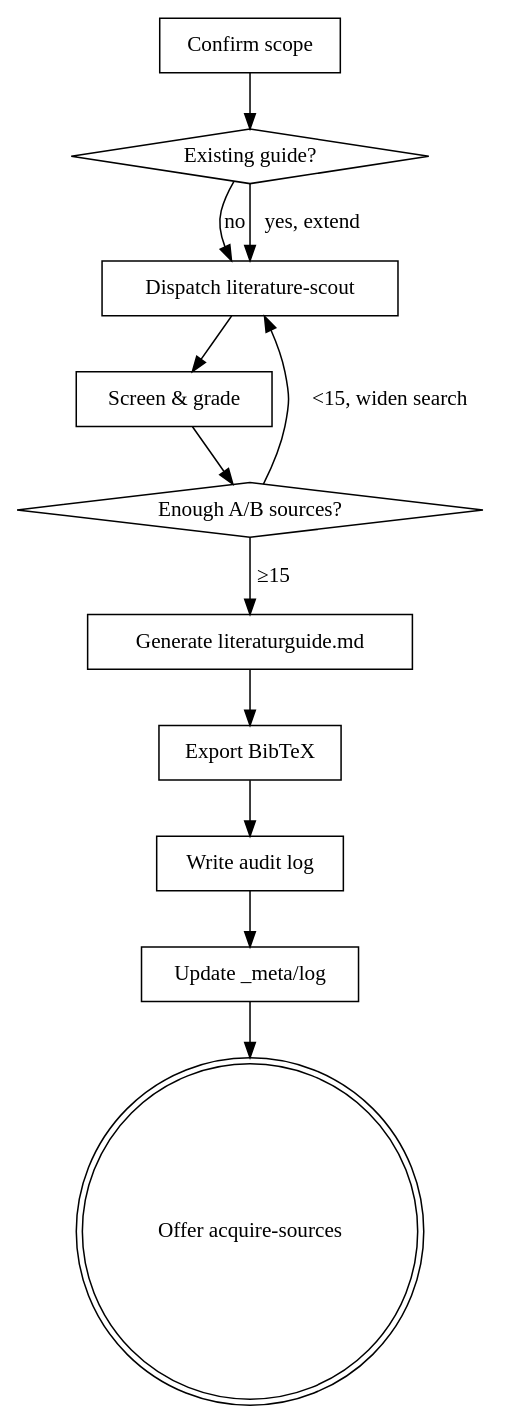
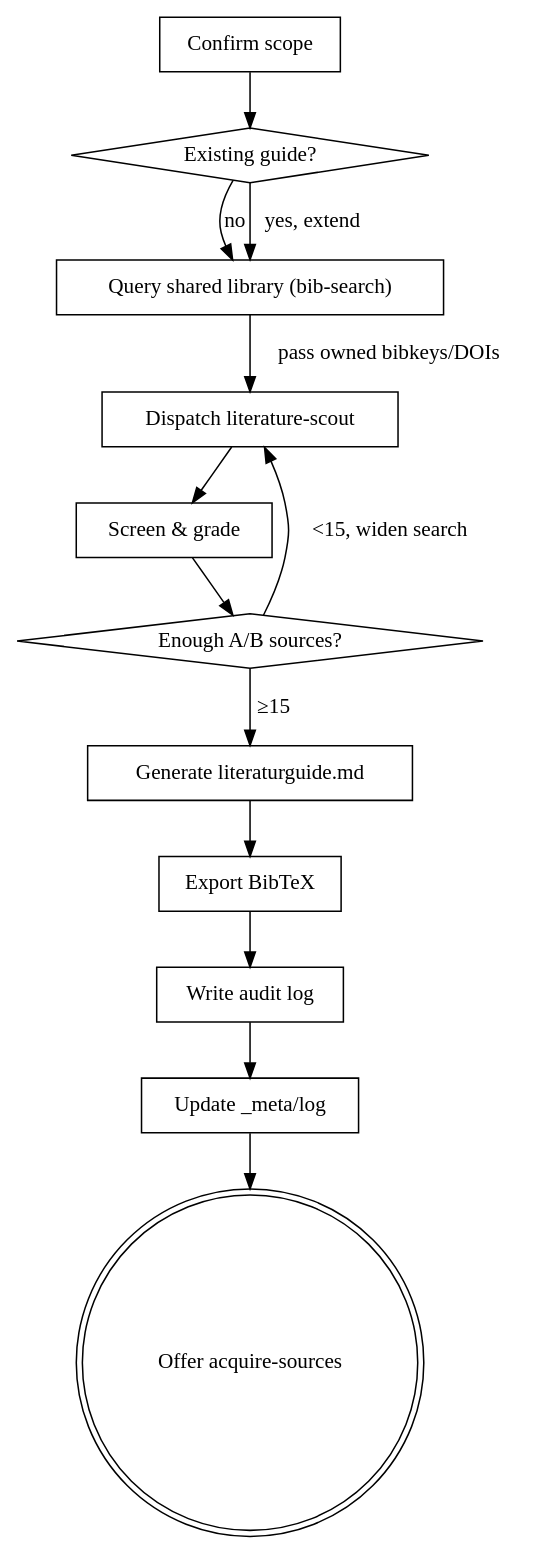
Before and after one commit to leiverkus/research-superpowers: the diagram in skills/literature-review/SKILL.md, drawn with Graphviz. The commit also changed other lines of this file and 2 other files, not shown here.

First line of the commit message:
feat: literature-review searches the shared library first (#65)

````diff
--- a/skills/literature-review/SKILL.md
+++ b/skills/literature-review/SKILL.md
@@ -82,26 +85,28 @@
 ```dot
 digraph literature_review {
     "Confirm scope" [shape=box];
     "Existing guide?" [shape=diamond];
+    "Query shared library (bib-search)" [shape=box];
     "Dispatch literature-scout" [shape=box];
     "Screen & grade" [shape=box];
     "Enough A/B sources?" [shape=diamond];
     "Generate literaturguide.md" [shape=box];
     "Export BibTeX" [shape=box];
     "Write audit log" [shape=box];
     "Update _meta/log" [shape=box];
     "Offer acquire-sources" [shape=doublecircle];
 
     "Confirm scope" -> "Existing guide?";
-    "Existing guide?" -> "Dispatch literature-scout" [label="no"];
-    "Existing guide?" -> "Dispatch literature-scout" [label="yes, extend"];
+    "Existing guide?" -> "Query shared library (bib-search)" [label="no"];
+    "Existing guide?" -> "Query shared library (bib-search)" [label="yes, extend"];
+    "Query shared library (bib-search)" -> "Dispatch literature-scout" [label="pass owned bibkeys/DOIs"];
     "Dispatch literature-scout" -> "Screen & grade";
     "Screen & grade" -> "Enough A/B sources?";
     "Enough A/B sources?" -> "Dispatch literature-scout" [label="<15, widen search"];
     "Enough A/B sources?" -> "Generate literaturguide.md" [label="≥15"];
     "Generate literaturguide.md" -> "Export BibTeX";
     "Export BibTeX" -> "Write audit log";
     "Write audit log" -> "Update _meta/log";
     "Update _meta/log" -> "Offer acquire-sources";
 }
 ```
````
